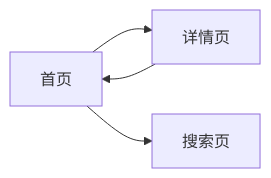
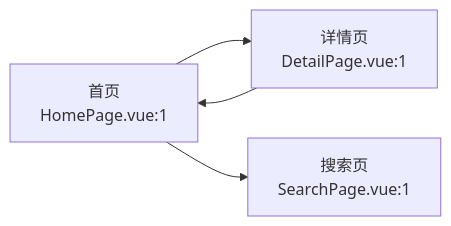
Before and after one commit to CaostGrace/project-arch-reverse: the seventh of 8 diagrams in references/mermaid-spec.md, drawn with Mermaid. The commit also changed other lines of this file and 5 other files, not shown here.

First line of the commit message:
feat: 强制所有核心功能/能力必须有独立详细时序图(≥6步≥4参与者)

````diff
--- a/references/mermaid-spec.md
+++ b/references/mermaid-spec.md
@@ -244,6 +301,6 @@
 ```mermaid
 flowchart LR
-    Home[首页] --> Detail[详情页]
-    Home --> Search[搜索页]
+    Home["首页<br>HomePage.vue:1"] --> Detail["详情页<br>DetailPage.vue:1"]
+    Home --> Search["搜索页<br>SearchPage.vue:1"]
     Detail --> Home
 ```
````
